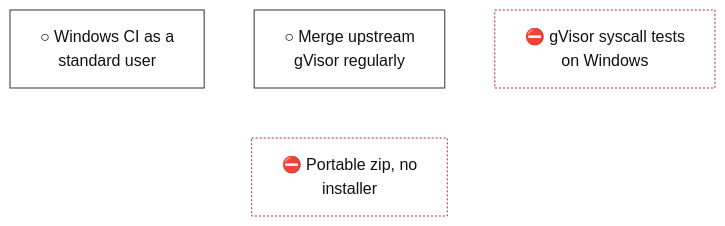
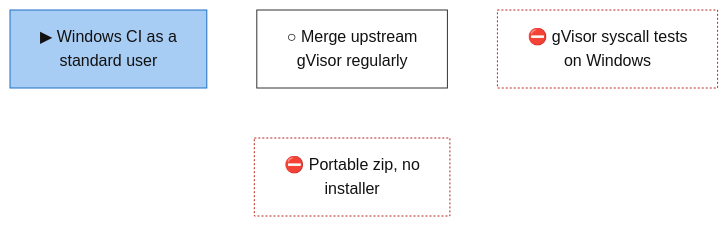
The diagram in docs/roadmap/tracks/ops.md (lhns/gvisor-windows), drawn with Mermaid before and after one commit. The commit also changed other lines of this file and 6 other files, not shown here.

````diff
--- a/docs/roadmap/tracks/ops.md
+++ b/docs/roadmap/tracks/ops.md
@@ -10,26 +10,27 @@
 ```mermaid
 flowchart TB
-    ops_windows_ci_standard_user["○ Windows CI as a<br/>standard user"]
+    ops_windows_ci_standard_user["▶ Windows CI as a<br/>standard user"]
     ops_upstream_merges["○ Merge upstream<br/>gVisor regularly"]
     ops_syscall_tests_on_windows["⛔ gVisor syscall tests<br/>on Windows"]
     ops_portable_packaging["⛔ Portable zip, no<br/>installer"]
     ops_windows_ci_standard_user ~~~ ops_portable_packaging
     ops_upstream_merges ~~~ ops_portable_packaging
     ops_syscall_tests_on_windows ~~~ ops_portable_packaging
     classDef vsucc fill:#2e9e4f,stroke:#1b6b34,color:#fff
     classDef succ fill:#bfe8c8,stroke:#2e9e4f,color:#111
     classDef mixed fill:#ffd37a,stroke:#c98a00,color:#111
     classDef bad fill:#f28b82,stroke:#b3261e,color:#111
     classDef dead fill:#e6e6e6,stroke:#777,stroke-dasharray:5 5,color:#555
     classDef inprog fill:#a8cdf5,stroke:#1f6fc5,color:#111
     classDef next fill:#fff,stroke:#333,color:#111
     classDef blocked fill:#fff,stroke:#b3261e,stroke-dasharray:2 2,color:#111
     classDef parked fill:#f3f3f3,stroke:#999,color:#555
     classDef unrated fill:#fff,stroke:#333,stroke-dasharray:1 3,color:#111
     classDef gate fill:#d9c2f0,stroke:#7b3fb5,color:#111
     classDef decided fill:#ece0f7,stroke:#7b3fb5,stroke-dasharray:2 2,color:#111
     classDef finding fill:#ffe0b2,stroke:#d84315,stroke-width:2px,color:#111
     classDef waiting fill:#e3f2fd,stroke:#1f6fc5,stroke-dasharray:5 5,color:#111
-    class ops_windows_ci_standard_user,ops_upstream_merges next
+    class ops_windows_ci_standard_user inprog
+    class ops_upstream_merges next
     class ops_syscall_tests_on_windows,ops_portable_packaging blocked
 ```
````
